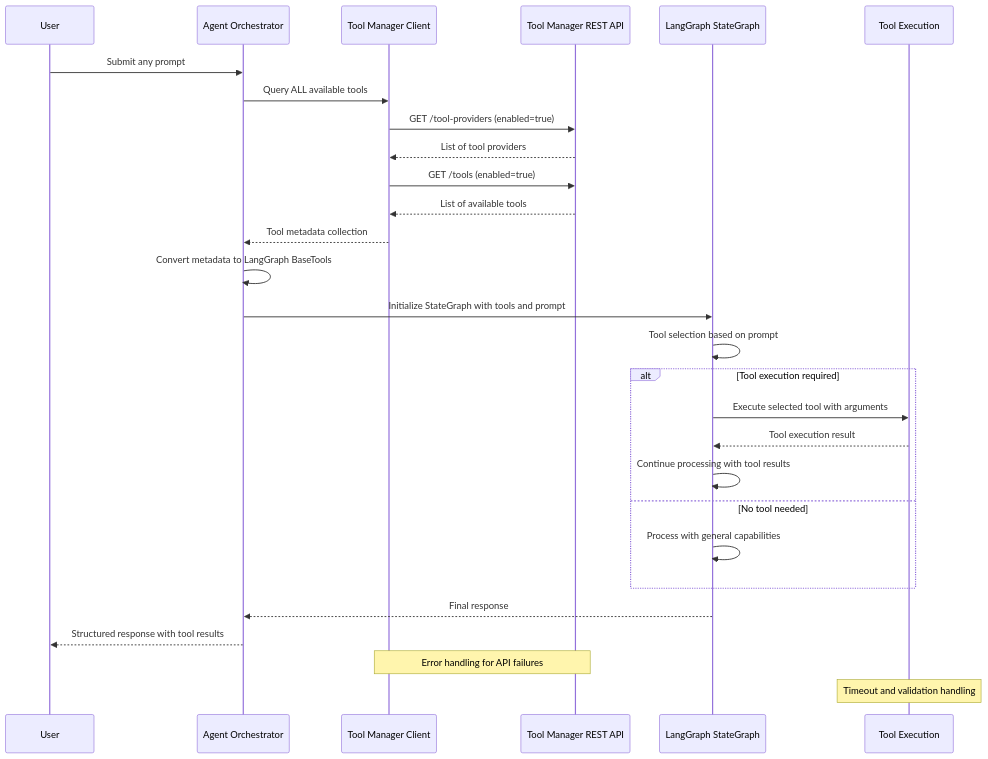
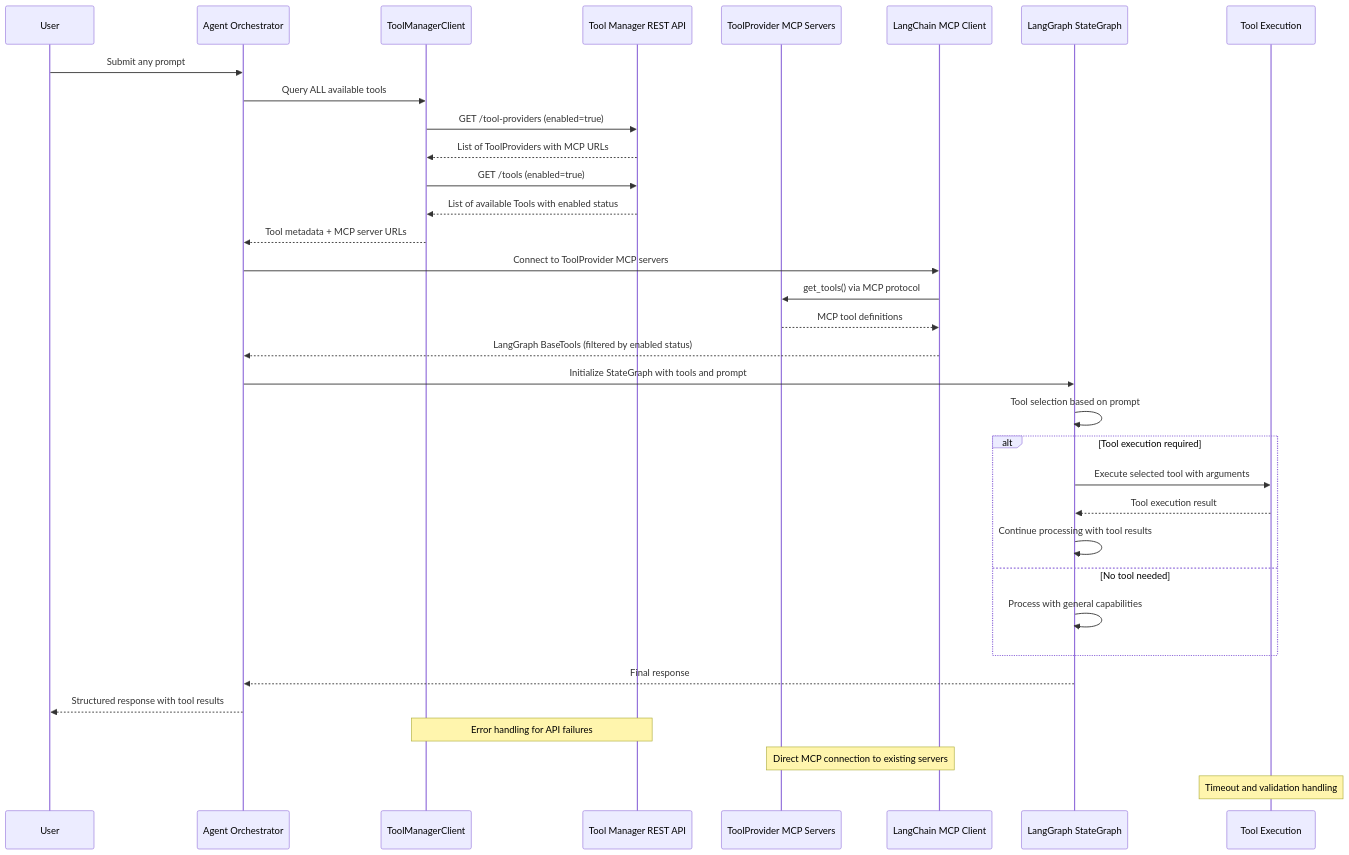
Before and after one commit to alinabuzachis/syntara: the second of 2 diagrams in specs/020-agentic-task-execution/spec.md, drawn with Mermaid. The commit also changed other lines of this file and 4 other files, not shown here.

First line of the commit message:
docs: Update ToolManager integration specs for LangChain MCP client (#265)

````diff
--- a/specs/020-agentic-task-execution/spec.md
+++ b/specs/020-agentic-task-execution/spec.md
@@ -105,36 +107,43 @@
 ```mermaid
 sequenceDiagram
     participant User
     participant AgentOrchestrator as Agent Orchestrator
-    participant TMClient as Tool Manager Client
+    participant TMClient as ToolManagerClient
     participant TMAPI as Tool Manager REST API
+    participant MCPServers as ToolProvider MCP Servers
+    participant LangChainMCP as LangChain MCP Client
     participant LangGraph as LangGraph StateGraph
     participant ToolExecution as Tool Execution
 
     User->>AgentOrchestrator: Submit any prompt
     AgentOrchestrator->>TMClient: Query ALL available tools
     TMClient->>TMAPI: GET /tool-providers (enabled=true)
-    TMAPI-->>TMClient: List of tool providers
+    TMAPI-->>TMClient: List of ToolProviders with MCP URLs
     TMClient->>TMAPI: GET /tools (enabled=true)
-    TMAPI-->>TMClient: List of available tools
-    TMClient-->>AgentOrchestrator: Tool metadata collection
+    TMAPI-->>TMClient: List of available Tools with enabled status
+    TMClient-->>AgentOrchestrator: Tool metadata + MCP server URLs
 
-    AgentOrchestrator->>AgentOrchestrator: Convert metadata to LangGraph BaseTools
+    AgentOrchestrator->>LangChainMCP: Connect to ToolProvider MCP servers
+    LangChainMCP->>MCPServers: get_tools() via MCP protocol
+    MCPServers-->>LangChainMCP: MCP tool definitions
+    LangChainMCP-->>AgentOrchestrator: LangGraph BaseTools (filtered by enabled status)
+
     AgentOrchestrator->>LangGraph: Initialize StateGraph with tools and prompt
 
     LangGraph->>LangGraph: Tool selection based on prompt
 
     alt Tool execution required
         LangGraph->>ToolExecution: Execute selected tool with arguments
         ToolExecution-->>LangGraph: Tool execution result
         LangGraph->>LangGraph: Continue processing with tool results
     else No tool needed
         LangGraph->>LangGraph: Process with general capabilities
     end
 
     LangGraph-->>AgentOrchestrator: Final response
     AgentOrchestrator-->>User: Structured response with tool results
 
     Note over TMClient,TMAPI: Error handling for API failures
+    Note over LangChainMCP,MCPServers: Direct MCP connection to existing servers
     Note over ToolExecution: Timeout and validation handling
 ```
````
